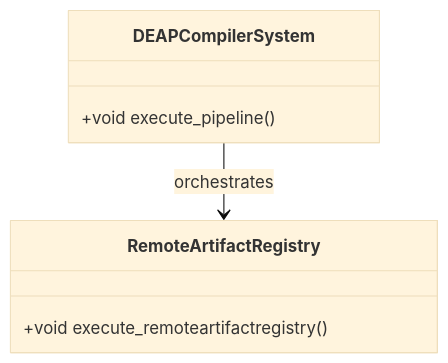
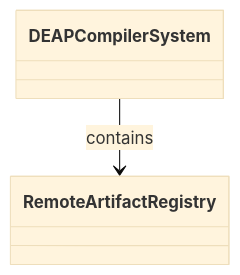
The diagram in docs/features/FEAT-03-RemoteArtifactRegistry.md (gintatkinson/dumpiler-01), drawn with Mermaid (base theme) before and after one commit. The commit also changed other lines of this file and 101 other files, not shown here.

````diff
--- a/docs/features/FEAT-03-RemoteArtifactRegistry.md
+++ b/docs/features/FEAT-03-RemoteArtifactRegistry.md
@@ -25,10 +29,6 @@
 ```mermaid
 classDiagram
-    class DEAPCompilerSystem {
-        +void execute_pipeline()
-    }
-    class RemoteArtifactRegistry {
-        +void execute_remoteartifactregistry()
-    }
-    DEAPCompilerSystem --> RemoteArtifactRegistry : orchestrates
+    class DEAPCompilerSystem
+    class RemoteArtifactRegistry
+    DEAPCompilerSystem --> RemoteArtifactRegistry : contains
 ```
````
